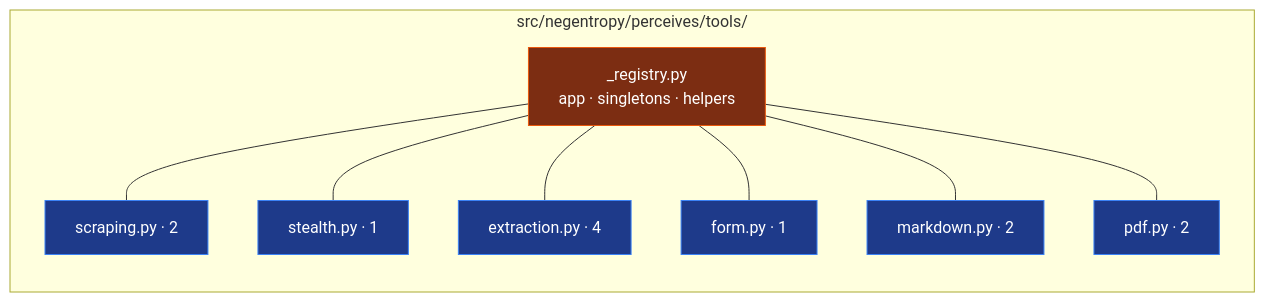
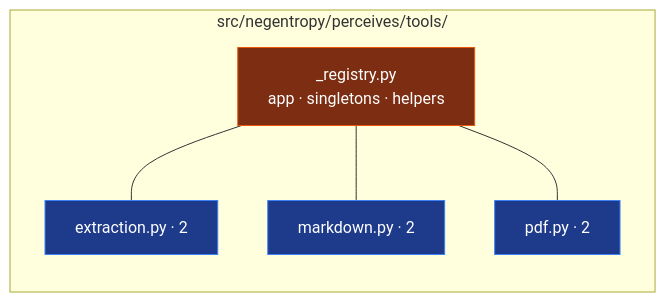
Before and after one commit to ThreeFish-AI/negentropy-perceives: the second of 10 diagrams in docs/framework.md, drawn with Mermaid. The commit also changed other lines of this file and 2 other files, not shown here.

````diff
--- a/docs/framework.md
+++ b/docs/framework.md
@@ -55,26 +59,17 @@
 ```mermaid
 graph LR
     subgraph "src/negentropy/perceives/tools/"
         R["_registry.py<br/>app · singletons · helpers"]
-        S["scraping.py · 2"]
-        ST["stealth.py · 1"]
-        E["extraction.py · 4"]
-        F["form.py · 1"]
+        E["extraction.py · 2"]
         M["markdown.py · 2"]
         P["pdf.py · 2"]
     end
-    R --- S
-    R --- ST
     R --- E
-    R --- F
     R --- M
     R --- P
 
     style R fill:#7c2d12,stroke:#ea580c,color:#ffffff
-    style S fill:#1e3a8a,stroke:#3b82f6,color:#ffffff
-    style ST fill:#1e3a8a,stroke:#3b82f6,color:#ffffff
     style E fill:#1e3a8a,stroke:#3b82f6,color:#ffffff
-    style F fill:#1e3a8a,stroke:#3b82f6,color:#ffffff
     style M fill:#1e3a8a,stroke:#3b82f6,color:#ffffff
     style P fill:#1e3a8a,stroke:#3b82f6,color:#ffffff
 ```
````
